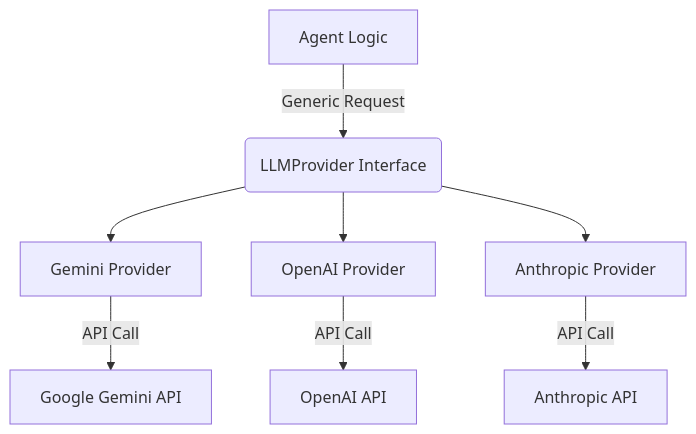
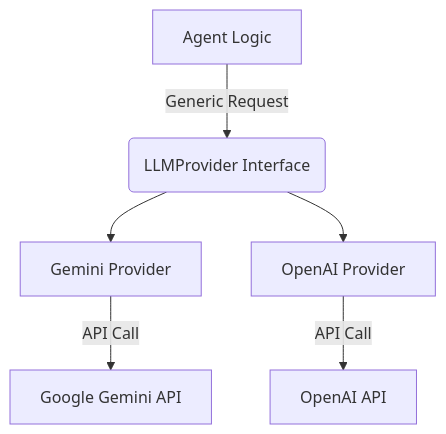
The second of 2 diagrams in Project_Planning/01_System_Architecture.md (Robyn-Collie/QuizWeaver), drawn with Mermaid before and after one commit. The commit also changed other lines of this file and 4 other files, not shown here.

````diff
--- a/Project_Planning/01_System_Architecture.md
+++ b/Project_Planning/01_System_Architecture.md
@@ -119,11 +118,9 @@
 ```mermaid
 graph TD
     Agent[Agent Logic] -->|Generic Request| LLMProvider(LLMProvider Interface)
     LLMProvider --> Gemini[Gemini Provider]
     LLMProvider --> OpenAI[OpenAI Provider]
-    LLMProvider --> Anthropic[Anthropic Provider]
-    
+
     Gemini -->|API Call| Google_Cloud[Google Gemini API]
     OpenAI -->|API Call| OpenAI_API[OpenAI API]
-    Anthropic -->|API Call| Anthropic_API[Anthropic API]
 ```
````
